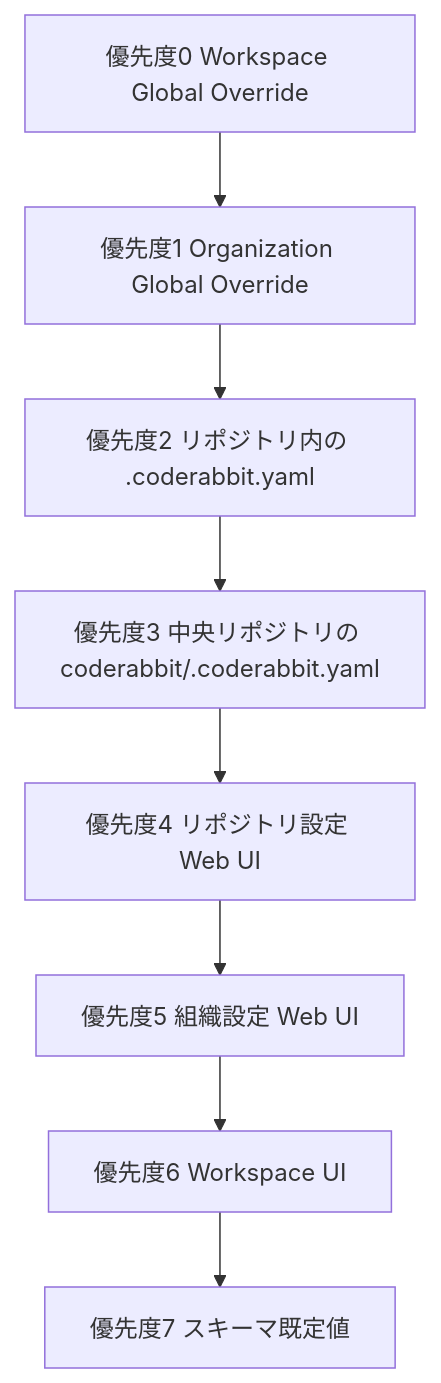
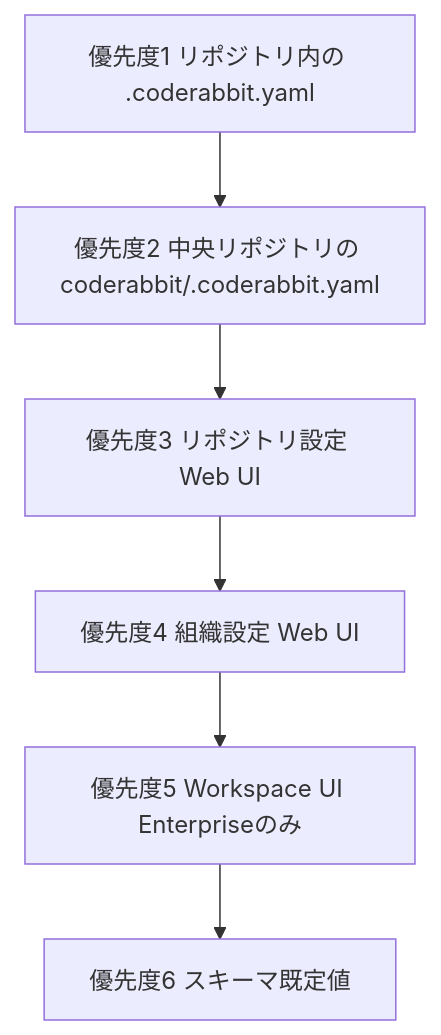
The second of 10 diagrams in archive/md/code-review/Coderabbit-best-practices.md (myoshi2891/Comparison-of-LLMs), drawn with Mermaid before and after one commit. The commit also changed other lines of this file and 1 other file, not shown here.

Commit message:
fix(coderabbit): align configuration hierarchy and recipe limits

````diff
--- a/archive/md/code-review/Coderabbit-best-practices.md
+++ b/archive/md/code-review/Coderabbit-best-practices.md
@@ -126,10 +126,8 @@
 ```mermaid
 flowchart TB
-    P0["優先度0 Workspace Global Override"] --> P1["優先度1 Organization Global Override"]
-    P1 --> P2["優先度2 リポジトリ内の .coderabbit.yaml"]
-    P2 --> P3["優先度3 中央リポジトリの coderabbit/.coderabbit.yaml"]
-    P3 --> P4["優先度4 リポジトリ設定 Web UI"]
-    P4 --> P5["優先度5 組織設定 Web UI"]
-    P5 --> P6["優先度6 Workspace UI"]
-    P6 --> P7["優先度7 スキーマ既定値"]
+    P1["優先度1 リポジトリ内の .coderabbit.yaml"] --> P2["優先度2 中央リポジトリの coderabbit/.coderabbit.yaml"]
+    P2 --> P3["優先度3 リポジトリ設定 Web UI"]
+    P3 --> P4["優先度4 組織設定 Web UI"]
+    P4 --> P5["優先度5 Workspace UI Enterpriseのみ"]
+    P5 --> P6["優先度6 スキーマ既定値"]
 ```
````
